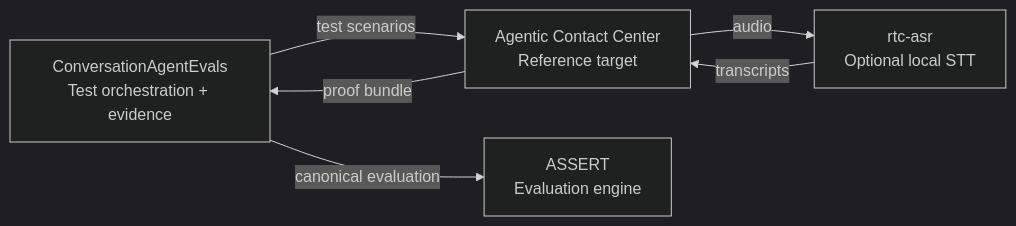
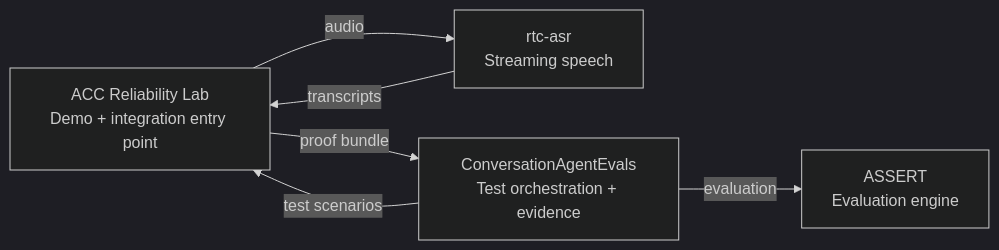
One commit to agonza1/agentic-contact-center changed the first of 3 diagrams in README.md. Above: the diagram before and after it, drawn with Mermaid (dark theme). The commit also changed other lines of this file and 8 other files, not shown here.

Commit message:
docs: refresh reliability reference stack

````diff
--- a/README.md
+++ b/README.md
@@ -18,13 +29,13 @@
 ```mermaid
 flowchart LR
+  ACC["ACC Reliability Lab<br/>Demo + integration entry point"]
+  ASR["rtc-asr<br/>Streaming speech"]
   CAE["ConversationAgentEvals<br/>Test orchestration + evidence"]
-  ACC["Agentic Contact Center<br/>Reference target"]
-  ASR["rtc-asr<br/>Optional local STT"]
   ASSERT["ASSERT<br/>Evaluation engine"]
 
+  ACC -->|"audio"| ASR
+  ASR -->|"transcripts"| ACC
   CAE -->|"test scenarios"| ACC
   ACC -->|"proof bundle"| CAE
-  ACC -->|"audio"| ASR
-  ASR -->|"transcripts"| ACC
-  CAE -->|"canonical evaluation"| ASSERT
+  CAE -->|"evaluation"| ASSERT
 ```
````
